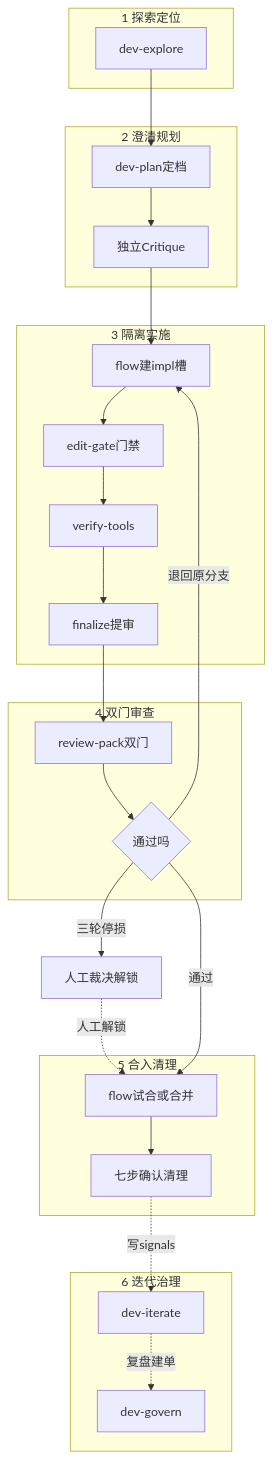
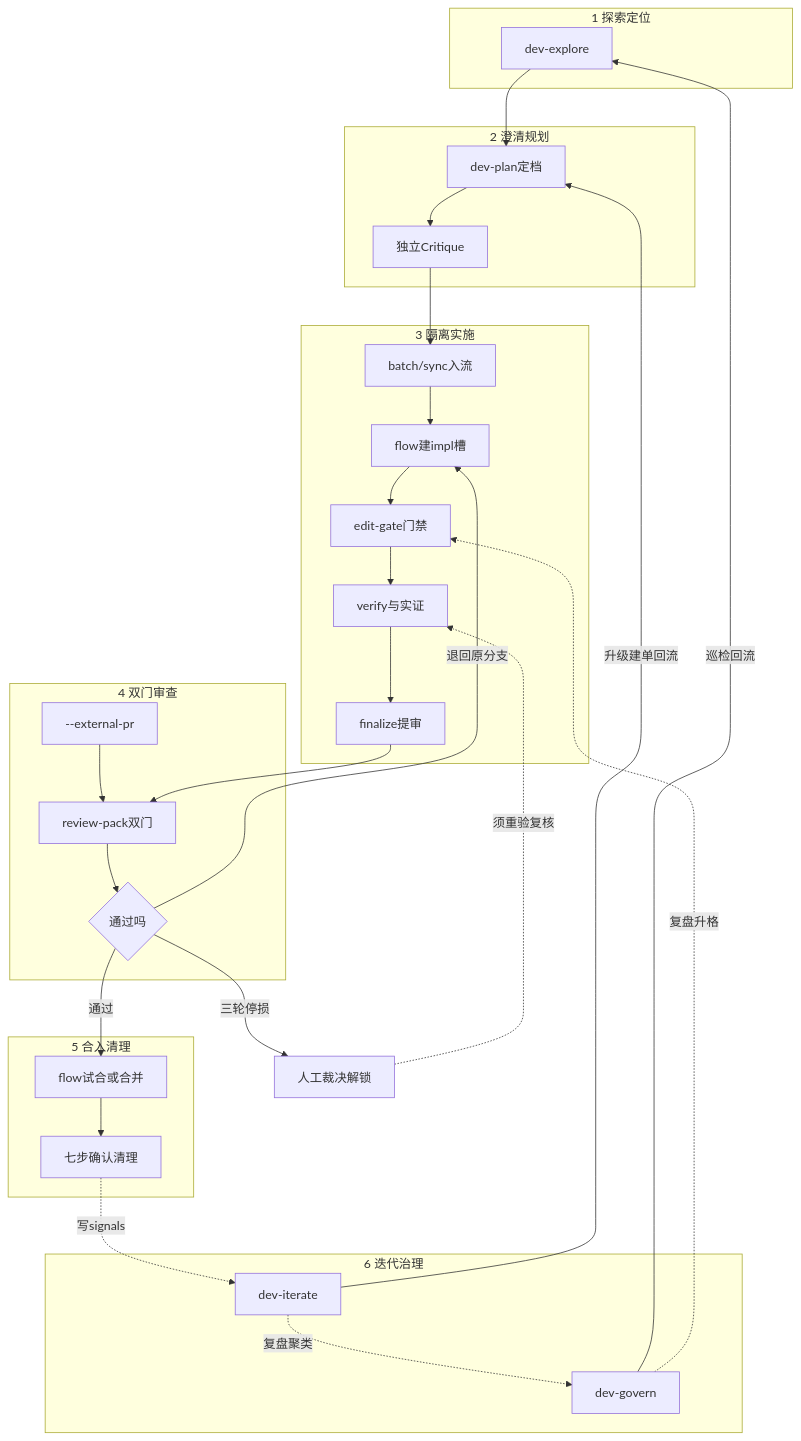
One commit to FiretrUCK666/project-forge changed the fourth of 6 diagrams in docs/TDD.md. Above: the diagram before and after it, drawn with Mermaid. The commit also changed other lines of this file and 5 other files, not shown here.

````diff
--- a/docs/TDD.md
+++ b/docs/TDD.md
@@ -245,39 +258,44 @@
 ```mermaid
 flowchart TB
   subgraph SExplore["1 探索定位"]
     Ex["dev-explore"]
   end
 
   subgraph SPlan["2 澄清规划"]
     Pl["dev-plan定档"] --> Cr["独立Critique"]
   end
 
   subgraph SImpl["3 隔离实施"]
-    Fl1["flow建impl槽"] --> Ed["edit-gate门禁"]
-    Ed --> Vt["verify-tools"]
+    Entry["batch/sync入流"] --> Fl1["flow建impl槽"]
+    Fl1 --> Ed["edit-gate门禁"]
+    Ed --> Vt["verify与实证"]
     Vt --> Sub["finalize提审"]
   end
 
   subgraph SRev["4 双门审查"]
-    Rv["review-pack双门"] --> Pass{"通过吗"}
+    Ext["--external-pr"] --> Rv["review-pack双门"]
+    Rv --> Pass{"通过吗"}
   end
 
   subgraph SClose["5 合入清理"]
     Mg["flow试合或合并"] --> Cl["七步确认清理"]
   end
 
   subgraph SLoop["6 迭代治理"]
     It["dev-iterate"]
     Gv["dev-govern"]
   end
 
   Ex --> Pl
-  Cr --> Fl1
+  Cr --> Entry
   Sub --> Rv
   Pass -- "退回原分支" --> Fl1
   Pass -- "三轮停损" --> Hm["人工裁决解锁"]
-  Hm -. "人工解锁" .-> Mg
+  Hm -. "须重验复核" .-> Vt
   Pass -- "通过" --> Mg
   Cl -. "写signals" .-> It
-  It -. "复盘建单" .-> Gv
+  It -- "升级建单回流" --> Pl
+  It -. "复盘聚类" .-> Gv
+  Gv -- "巡检回流" --> Ex
+  Gv -. "复盘升格" .-> Ed
 ```
````
